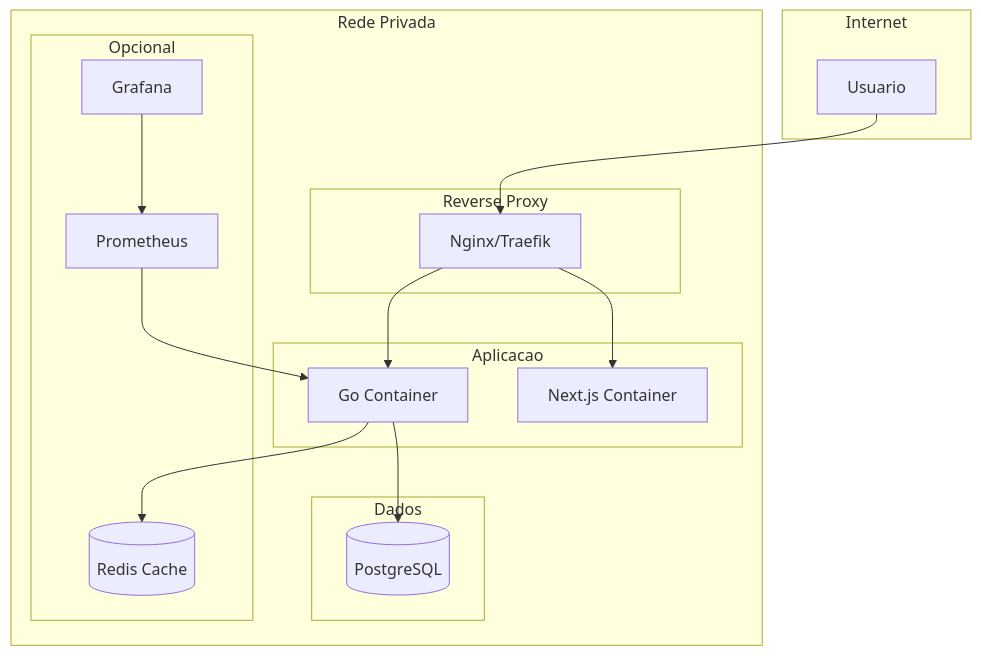
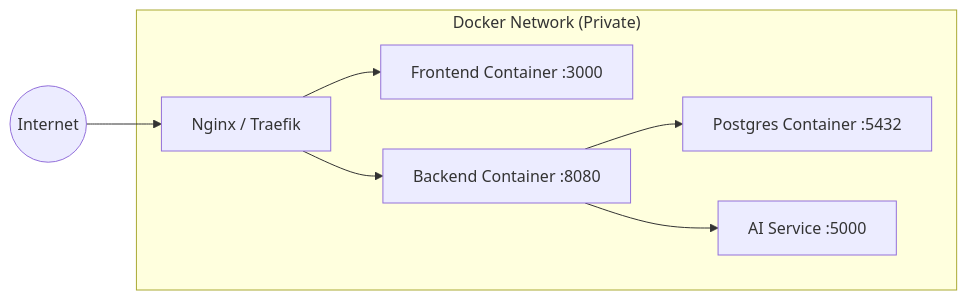
Before and after one commit to PHRaulino-Space/phrs-fintrack-docs: the diagram in gh-docs/docs/architecture/infrastructure.md, drawn with Mermaid. The commit also changed other lines of this file and 63 other files, not shown here.

````diff
--- a/gh-docs/docs/architecture/infrastructure.md
+++ b/gh-docs/docs/architecture/infrastructure.md
@@ -11,35 +14,11 @@
 ```mermaid
-graph TB
-    subgraph "Internet"
-        User[Usuario]
+graph LR
+    Internet((Internet)) --> Proxy[Nginx / Traefik]
+
+    subgraph "Docker Network (Private)"
+        Proxy --> Frontend[Frontend Container :3000]
+        Proxy --> Backend[Backend Container :8080]
+        Backend --> DB[Postgres Container :5432]
+        Backend --> AI[AI Service :5000]
     end
-
-    subgraph "Rede Privada"
-        subgraph "Reverse Proxy"
-            Nginx[Nginx/Traefik]
-        end
-
-        subgraph "Aplicacao"
-            Frontend[Next.js Container]
-            Backend[Go Container]
-        end
-
-        subgraph "Dados"
-            Postgres[(PostgreSQL)]
-        end
-
-        subgraph "Opcional"
-            Redis[(Redis Cache)]
-            Prometheus[Prometheus]
-            Grafana[Grafana]
-        end
-    end
-
-    User --> Nginx
-    Nginx --> Frontend
-    Nginx --> Backend
-    Backend --> Postgres
-    Backend --> Redis
-    Prometheus --> Backend
-    Grafana --> Prometheus
 ```
````
